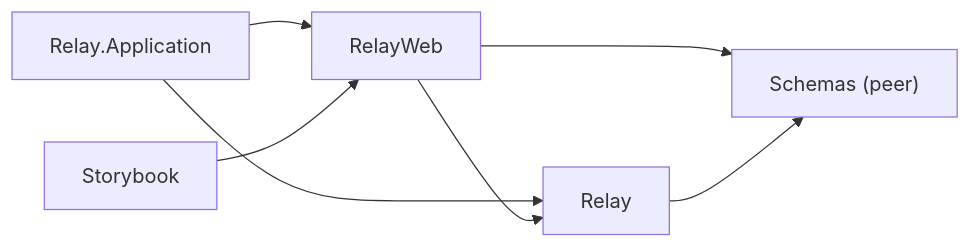
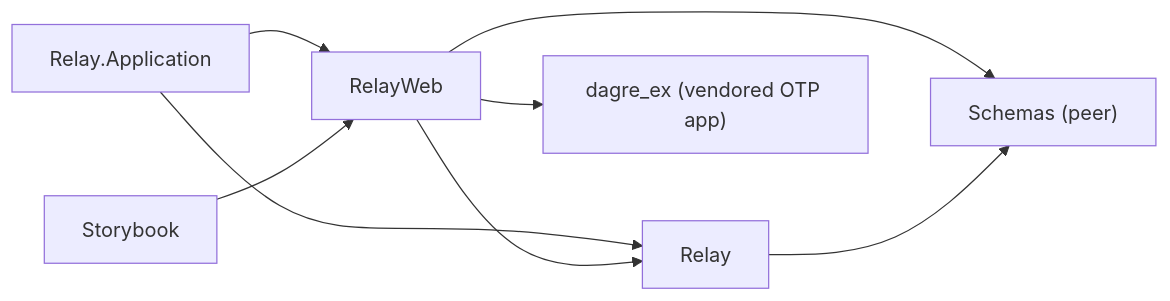
The first of 2 diagrams in docs/architecture/deps.md (jeremylightsmith/relay), drawn with Mermaid before and after one commit. The commit also changed other lines of this file and 29 other files, not shown here.

````diff
--- a/docs/architecture/deps.md
+++ b/docs/architecture/deps.md
@@ -9,9 +9,10 @@
 ```mermaid
 flowchart LR
     App["Relay.Application"] --> Web["RelayWeb"]
     App --> Domain["Relay"]
     Web --> Domain
     Web --> Schemas
+    Web --> Dagre["dagre_ex (vendored OTP app)"]
     Domain --> Schemas["Schemas (peer)"]
     Storybook["Storybook"] --> Web
 ```
````
